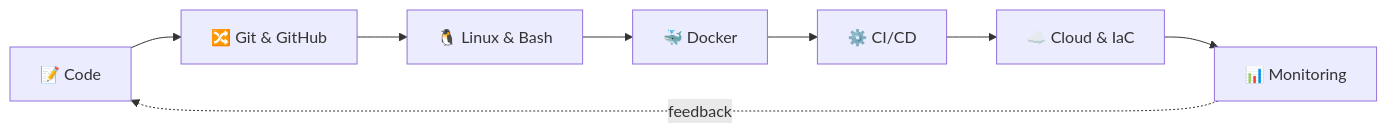
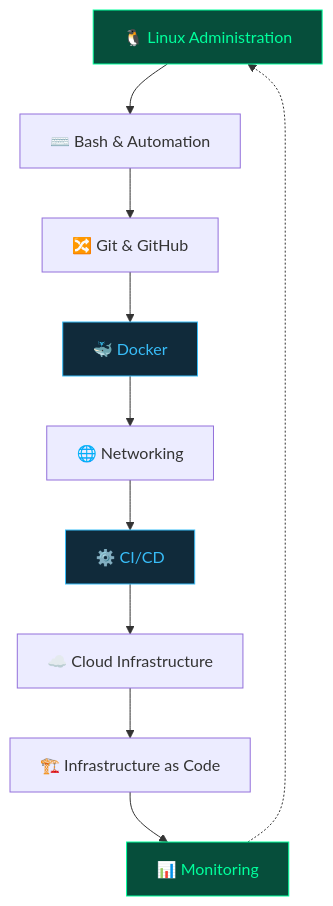
Before and after one commit to tmrzdmurod/tmrzdmurod: the diagram in README.md, drawn with Mermaid. The commit also changed other lines of this file, not shown here.

````diff
--- a/README.md
+++ b/README.md
@@ -118,10 +145,17 @@
 ```mermaid
-graph LR
-    A[📝 Code] --> B[🔀 Git & GitHub]
-    B --> C[🐧 Linux & Bash]
-    C --> D[🐳 Docker]
-    D --> E[⚙️ CI/CD]
-    E --> F[☁️ Cloud & IaC]
-    F --> G[📊 Monitoring]
-    G -.->|feedback| A
+flowchart TD
+    A["🐧 Linux Administration"] --> B["⌨️ Bash & Automation"]
+    B --> C["🔀 Git & GitHub"]
+    C --> D["🐳 Docker"]
+    D --> E["🌐 Networking"]
+    E --> F["⚙️ CI/CD"]
+    F --> G["☁️ Cloud Infrastructure"]
+    G --> H["🏗️ Infrastructure as Code"]
+    H --> I["📊 Monitoring"]
+    I -.-> A
+
+    style A fill:#064E3B,color:#00FF9C,stroke:#00FF9C
+    style D fill:#102A3A,color:#38BDF8,stroke:#38BDF8
+    style F fill:#102A3A,color:#38BDF8,stroke:#38BDF8
+    style I fill:#064E3B,color:#00FF9C,stroke:#00FF9C
 ```
````
